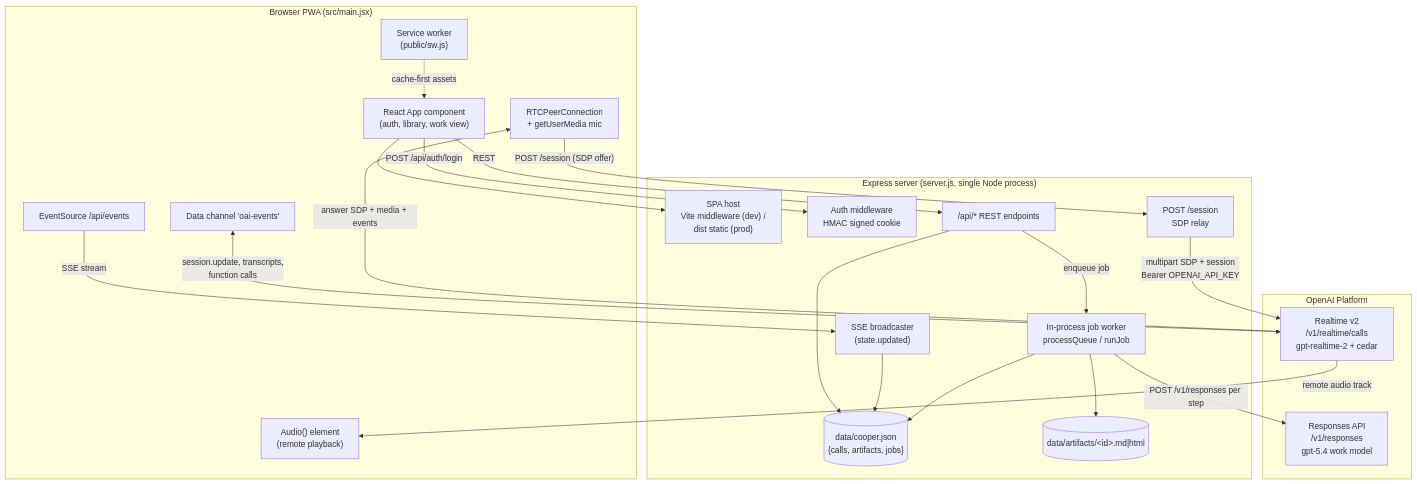
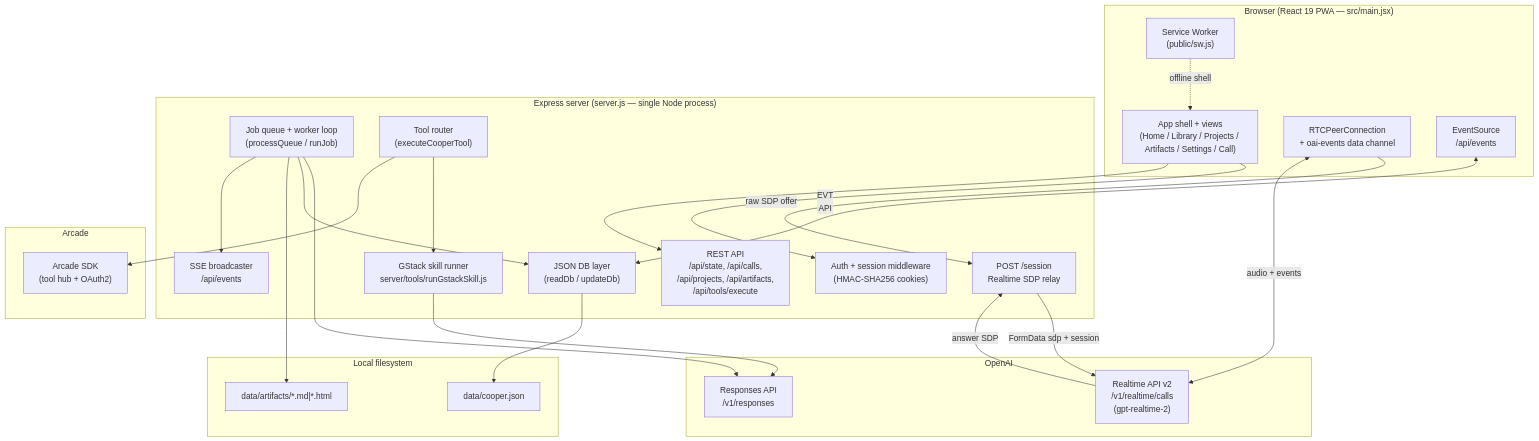
The first of 3 diagrams in docs/01-technical-overview.md (michael-aires/Codex-voice), drawn with Mermaid before and after one commit. The commit also changed other lines of this file and 29 other files, not shown here.

Commit message:
Expand Cooper realtime assistant capabilities

````diff
--- a/docs/01-technical-overview.md
+++ b/docs/01-technical-overview.md
@@ -47,44 +32,52 @@
 ```mermaid
-graph TB
-    subgraph Browser["Browser PWA (src/main.jsx)"]
-        UI["React App component<br/>(auth, library, work view)"]
-        RTC["RTCPeerConnection<br/>+ getUserMedia mic"]
-        DC["Data channel 'oai-events'"]
-        AUD["Audio() element<br/>(remote playback)"]
-        ES["EventSource /api/events"]
-        SW["Service worker<br/>(public/sw.js)"]
+flowchart TB
+    subgraph Browser["Browser (React 19 PWA — src/main.jsx)"]
+        UI["App shell + views\n(Home / Library / Projects / Artifacts / Settings / Call)"]
+        RTC["RTCPeerConnection\n+ oai-events data channel"]
+        SSE["EventSource\n/api/events"]
+        SW["Service Worker\n(public/sw.js)"]
     end
 
-    subgraph Server["Express server (server.js, single Node process)"]
-        STATIC["SPA host<br/>Vite middleware (dev) /<br/>dist static (prod)"]
-        AUTH["Auth middleware<br/>HMAC signed cookie"]
-        SESS["POST /session<br/>SDP relay"]
-        API["/api/* REST endpoints"]
-        SSE["SSE broadcaster<br/>(state.updated)"]
-        WORKER["In-process job worker<br/>processQueue / runJob"]
-        DB[("data/cooper.json<br/>{calls, artifacts, jobs}")]
-        ART[("data/artifacts/&lt;id&gt;.md|html")]
+    subgraph Server["Express server (server.js — single Node process)"]
+        AUTH["Auth + session middleware\n(HMAC-SHA256 cookies)"]
+        SESS["POST /session\nRealtime SDP relay"]
+        API["REST API\n/api/state, /api/calls,\n/api/projects, /api/artifacts,\n/api/tools/execute"]
+        EVT["SSE broadcaster\n/api/events"]
+        QUEUE["Job queue + worker loop\n(processQueue / runJob)"]
+        TOOLS["Tool router\n(executeCooperTool)"]
+        GSTACK["GStack skill runner\nserver/tools/runGstackSkill.js"]
+        DB["JSON DB layer\n(readDb / updateDb)"]
     end
 
-    subgraph OpenAI["OpenAI Platform"]
-        REALTIME["Realtime v2<br/>/v1/realtime/calls<br/>gpt-realtime-2 + cedar"]
-        RESP["Responses API<br/>/v1/responses<br/>gpt-5.4 work model"]
+    subgraph OpenAI["OpenAI"]
+        RT["Realtime API v2\n/v1/realtime/calls\n(gpt-realtime-2)"]
+        RESP["Responses API\n/v1/responses"]
     end
 
-    UI --> STATIC
-    UI -->|"POST /api/auth/login"| AUTH
-    RTC -->|"POST /session (SDP offer)"| SESS
-    SESS -->|"multipart SDP + session<br/>Bearer OPENAI_API_KEY"| REALTIME
-    REALTIME -->|"answer SDP + media + events"| RTC
-    DC <-->|"session.update, transcripts,<br/>function calls"| REALTIME
-    REALTIME -->|"remote audio track"| AUD
-    UI -->|"REST"| API
+    subgraph Arcade["Arcade"]
+        ARC["Arcade SDK\n(tool hub + OAuth2)"]
+    end
+
+    subgraph Disk["Local filesystem"]
+        JSON["data/cooper.json"]
+        ART["data/artifacts/*.md|*.html"]
+    end
+
+    UI --> AUTH
+    UI --> API
+    RTC -->|raw SDP offer| SESS
+    SESS -->|FormData sdp + session| RT
+    RT -->|answer SDP| SESS
+    RTC <-->|audio + events| RT
+    SSE <-- EVT
     API --> DB
-    ES -->|"SSE stream"| SSE
-    SSE --> DB
-    WORKER -->|"POST /v1/responses per step"| RESP
-    WORKER --> ART
-    WORKER --> DB
-    API -->|"enqueue job"| WORKER
-    SW -.->|"cache-first assets"| UI
+    QUEUE --> RESP
+    QUEUE --> DB
+    QUEUE --> ART
+    QUEUE --> EVT
+    TOOLS --> GSTACK
+    TOOLS --> ARC
+    GSTACK --> RESP
+    DB --> JSON
+    SW -.offline shell.-> UI
 ```
````
